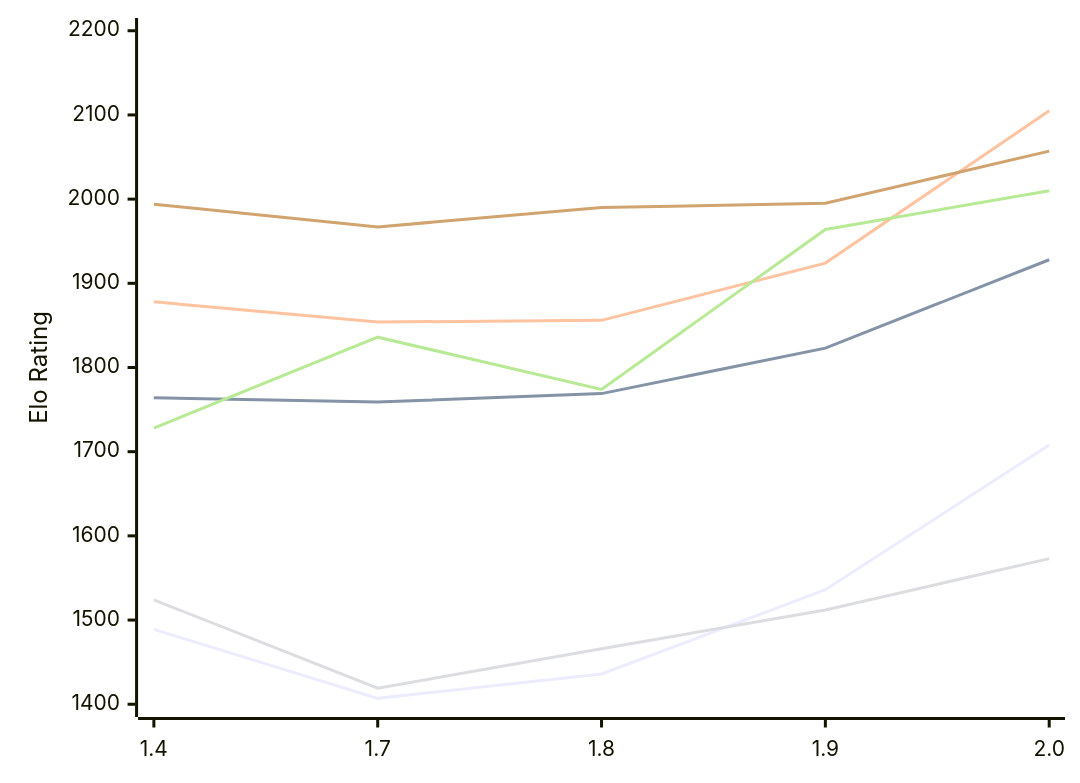
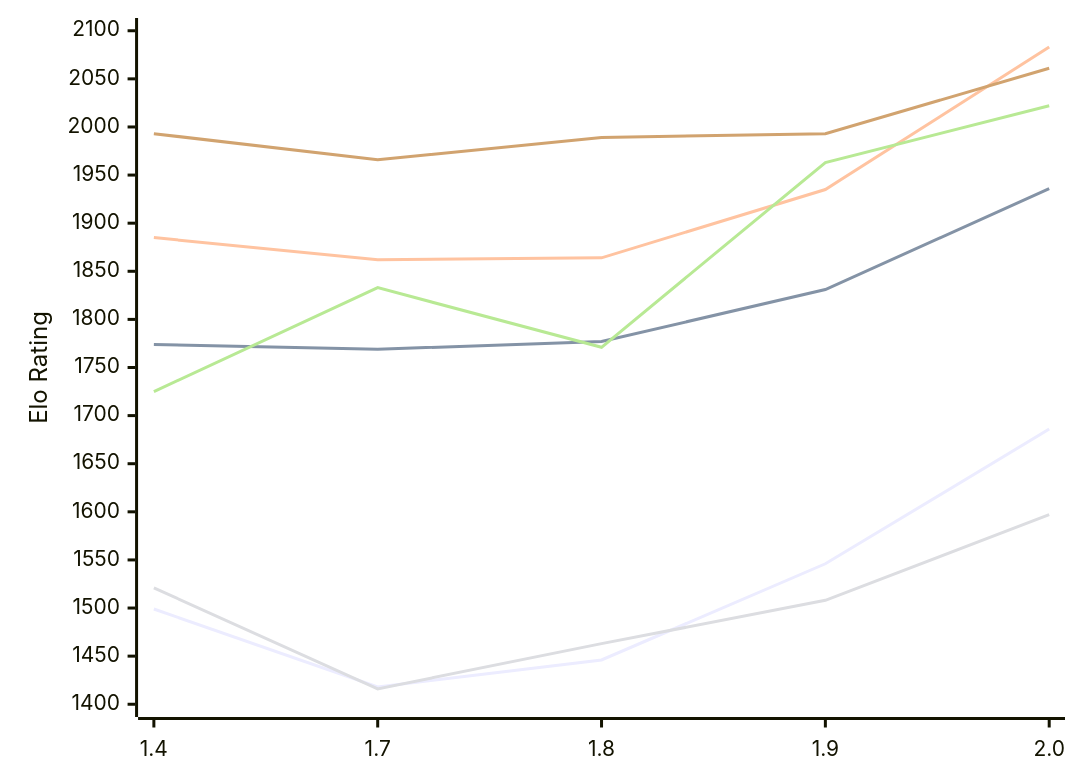
The diagram in engines/Russell.md (computer-chess-index/cci), drawn with Mermaid before and after one commit. The commit also changed other lines of this file, not shown here.

Commit message:
Update CCI Ratings (ELO VLTC) - 2026-11-07

````diff
--- a/engines/Russell.md
+++ b/engines/Russell.md
@@ -55,12 +55,12 @@
 ```mermaid
 %%{init: {"theme":"base","themeVariables":{"seriesColors:['#a3a3a3','#222221','#faa371']}}}%%
 xychart-beta
   x-axis ["1.4", "1.7", "1.8", "1.9", "2.0"]
-  y-axis "Elo Rating" 1400 --> 2200
-  line "E1: STC (8.0+0.08s)" [1489, 1407, 1436, 1536, 1708]
-  line "E1: LTC (60.0+0.60s)" [1764, 1759, 1769, 1823, 1928]
-  line "E1: VLTC (2m24s+1.12s)" [1878, 1854, 1856, 1924, 2105]
-  line "P1: STC (8.0+0.08s)" [1524, 1419, 1466, 1512, 1573]
-  line "P1: LTC (60.0+0.60s)" [1728, 1836, 1774, 1964, 2010]
-  line "P1: VLTC (2m24s+1.12s)" [1994, 1967, 1990, 1995, 2057]
+  y-axis "Elo Rating" 1400 --> 2100
+  line "E1: STC (8.0+0.08s)" [1499, 1418, 1446, 1546, 1686]
+  line "E1: LTC (60.0+0.60s)" [1774, 1769, 1777, 1831, 1936]
+  line "E1: VLTC (2m24s+1.12s)" [1885, 1862, 1864, 1935, 2083]
+  line "P1: STC (8.0+0.08s)" [1521, 1416, 1463, 1508, 1597]
+  line "P1: LTC (60.0+0.60s)" [1725, 1833, 1771, 1963, 2022]
+  line "P1: VLTC (2m24s+1.12s)" [1993, 1966, 1989, 1993, 2061]
 ```
````
